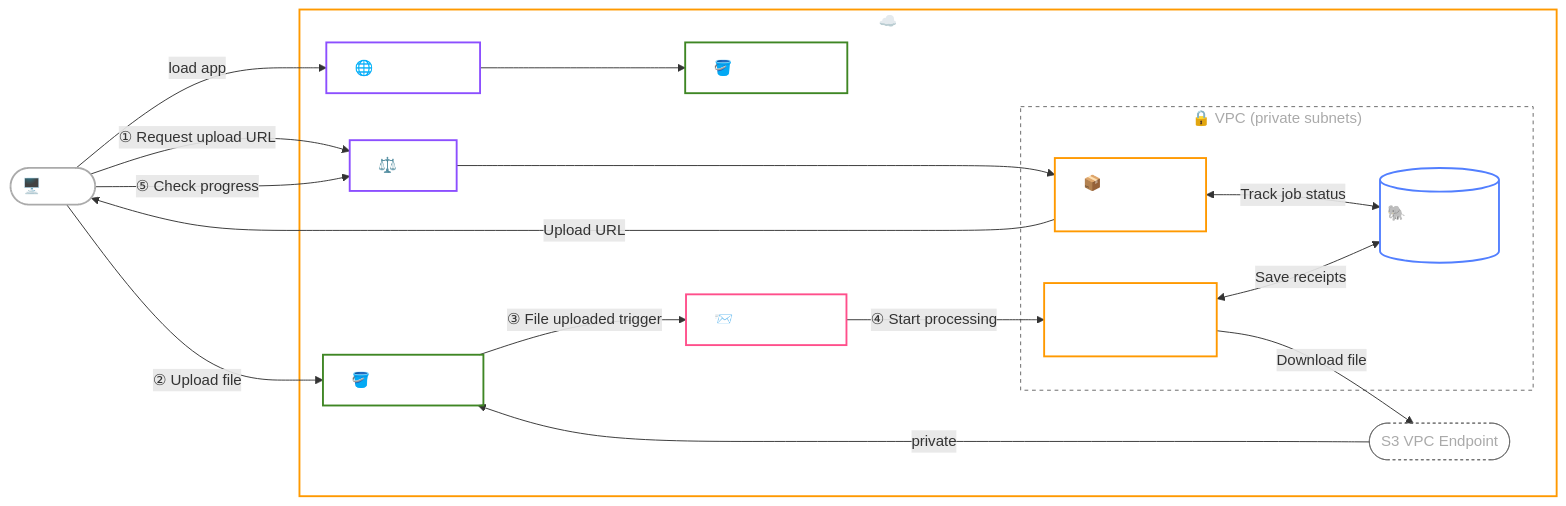
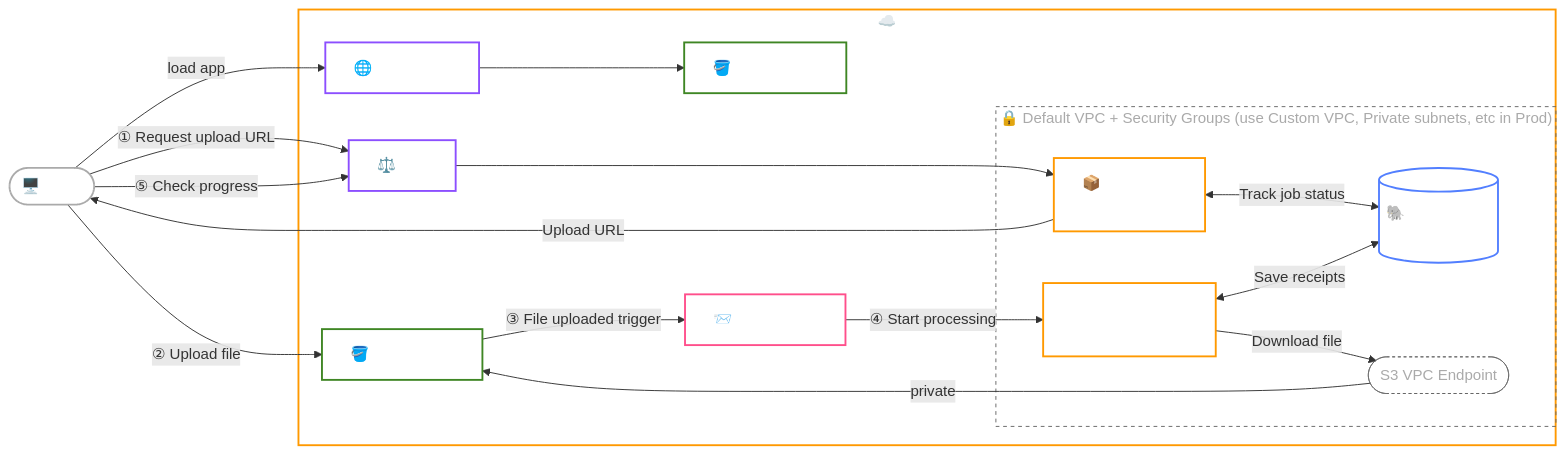
The diagram in README.md (ben-hamel/benstack-aws), drawn with Mermaid before and after one commit. The commit also changed other lines of this file and 4 other files, not shown here.

````diff
--- a/README.md
+++ b/README.md
@@ -11,56 +11,56 @@
 ```mermaid
 flowchart LR
     Client(["🖥️ Client"])
 
     subgraph AWS["☁️ AWS Cloud"]
         CloudFront["🌐 CloudFront"]
         ALB["⚖️ ALB"]
         S3Frontend["🪣 S3 Frontend"]
         S3["🪣 S3 Receipts"]
         SQS["📨 SQS Queue"]
-        S3Endpoint(["S3 VPC Endpoint"])
-        subgraph VPC["🔒 VPC (private subnets)"]
+        subgraph VPC["🔒 Default VPC + Security Groups (use Custom VPC, Private subnets, etc in Prod)"]
             API["📦 API Server<br/>ECS"]
             Lambda["λ Lambda<br/>receipt-processor"]
             RDS[("🐘 PostgreSQL<br/>RDS")]
+            S3Endpoint(["S3 VPC Endpoint"])
         end
     end
 
     Client -->|"load app"| CloudFront
     CloudFront --> S3Frontend
     Client -->|"① Request upload URL"| ALB
     ALB --> API
     API -->|"Upload URL"| Client
     Client -->|"② Upload file"| S3
     Client -->|"⑤ Check progress"| ALB
     API <-->|"Track job status"| RDS
     S3 -->|"③ File uploaded trigger"| SQS
     SQS -->|"④ Start processing"| Lambda
     Lambda -->|"Download file"| S3Endpoint
     S3Endpoint -->|"private"| S3
     Lambda <-->|"Save receipts"| RDS
 
     classDef ecs fill:none,stroke:#FF9900,stroke-width:2px,color:#fff
     classDef s3 fill:none,stroke:#3F8624,stroke-width:2px,color:#fff
     classDef sqs fill:none,stroke:#FF4F8B,stroke-width:2px,color:#fff
     classDef lambda fill:none,stroke:#FF9900,stroke-width:2px,color:#fff
     classDef rds fill:none,stroke:#527FFF,stroke-width:2px,color:#fff
     classDef client fill:none,stroke:#aaa,stroke-width:2px,color:#fff
     classDef alb fill:none,stroke:#8C4FFF,stroke-width:2px,color:#fff
     classDef cdn fill:none,stroke:#8C4FFF,stroke-width:2px,color:#fff
     classDef endpoint fill:none,stroke:#666,stroke-dasharray:3 3,color:#aaa
 
     class API ecs
     class S3 s3
     class SQS sqs
     class Lambda lambda
     class RDS rds
     class Client client
     class ALB alb
     class CloudFront cdn
     class S3Frontend s3
     class S3Endpoint endpoint
 
     style AWS fill:none,stroke:#FF9900,stroke-width:2px,color:#fff
     style VPC fill:none,stroke:#666,stroke-width:1px,stroke-dasharray:4 4,color:#aaa
 ```
````
